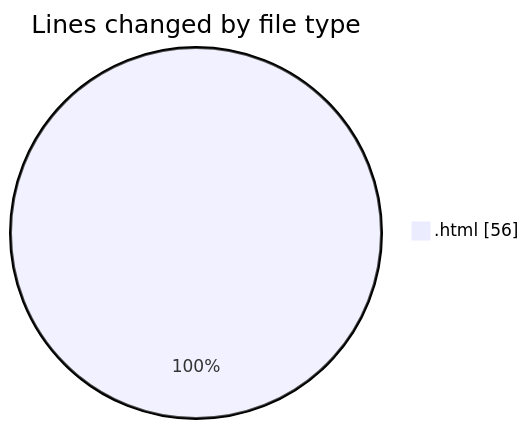
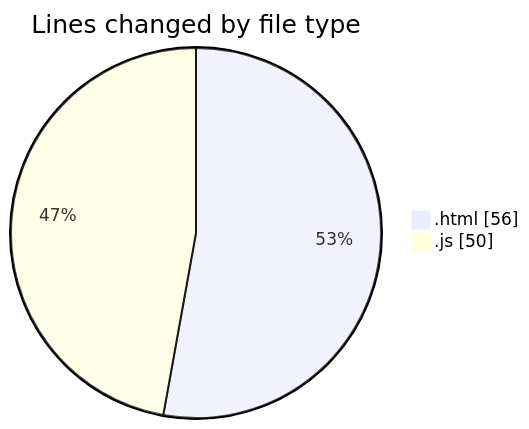
The first of 2 diagrams in 2025-08-06/javascript/README.md (Ritupan-Deka/code-tracking), drawn with Mermaid before and after one commit. The commit also changed other lines of this file and 1 other file, not shown here.

````diff
--- a/2025-08-06/javascript/README.md
+++ b/2025-08-06/javascript/README.md
@@ -20,5 +21,6 @@
 ```mermaid
 pie showData
 title Lines changed by file type
 ".html" : 56
+".js" : 50
 ```
````
